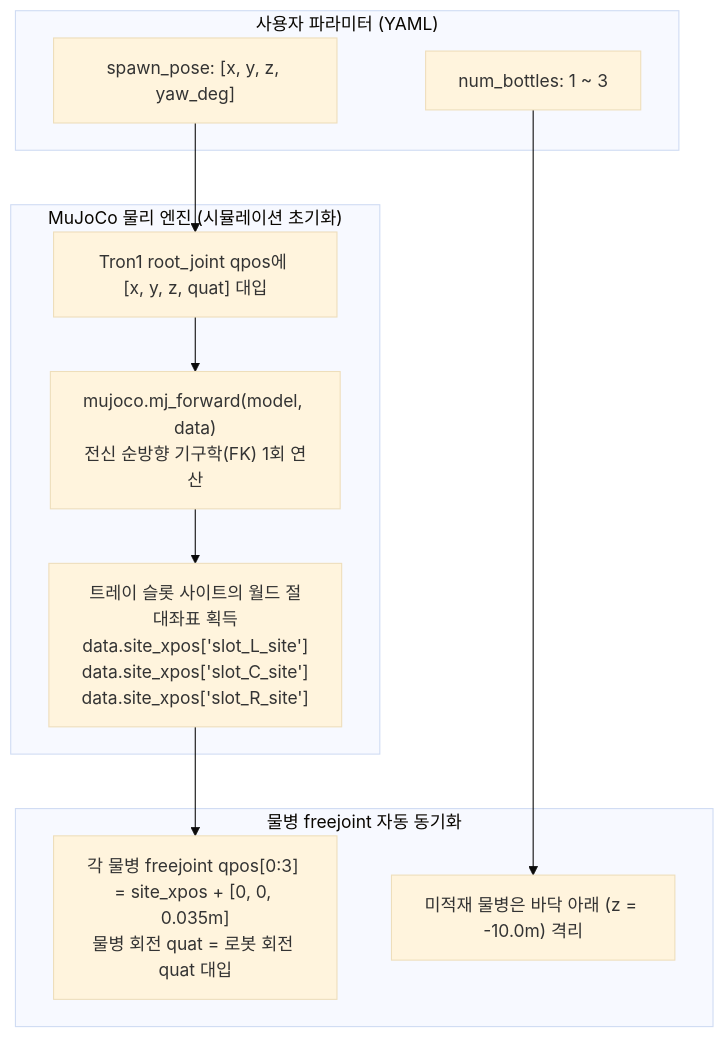
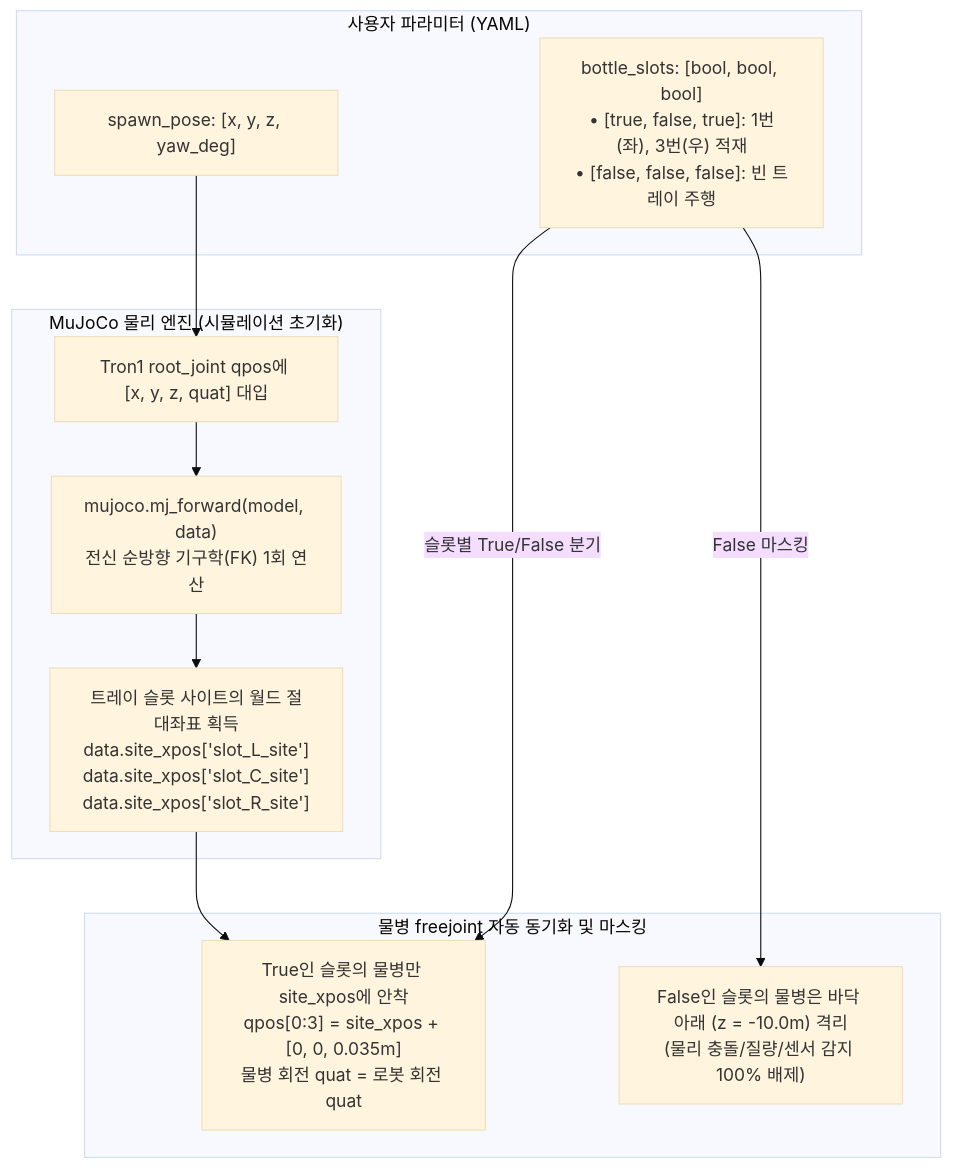
The second of 2 diagrams in documents/development_roadmap/rm_phase02_tron1_ros2_controller.md (Centaucyan/Proj_Transferring_bottle_from_tron1_to_ur5e_in_mujoco_env), drawn with Mermaid (base theme) before and after one commit. The commit also changed other lines of this file and 1 other file, not shown here.

````diff
--- a/documents/development_roadmap/rm_phase02_tron1_ros2_controller.md
+++ b/documents/development_roadmap/rm_phase02_tron1_ros2_controller.md
@@ -133,24 +133,25 @@
 ```mermaid
 flowchart TD
     subgraph UserInput ["사용자 파라미터 (YAML)"]
         SP["spawn_pose: [x, y, z, yaw_deg]"]
-        NB["num_bottles: 1 ~ 3"]
+        NB["bottle_slots: [bool, bool, bool]<br/>• [true, false, true]: 1번(좌), 3번(우) 적재<br/>• [false, false, false]: 빈 트레이 주행"]
     end
 
     subgraph RobotKinematics ["MuJoCo 물리 엔진 (시뮬레이션 초기화)"]
         SetRoot["Tron1 root_joint qpos에 [x, y, z, quat] 대입"]
         FK["mujoco.mj_forward(model, data)<br/>전신 순방향 기구학(FK) 1회 연산"]
         GetSites["트레이 슬롯 사이트의 월드 절대좌표 획득<br/>data.site_xpos['slot_L_site']<br/>data.site_xpos['slot_C_site']<br/>data.site_xpos['slot_R_site']"]
     end
 
-    subgraph BottlePlacement ["물병 freejoint 자동 동기화"]
-        PlaceB["각 물병 freejoint qpos[0:3] = site_xpos + [0, 0, 0.035m]<br/>물병 회전 quat = 로봇 회전 quat 대입"]
-        Isolate["미적재 물병은 바닥 아래 (z = -10.0m) 격리"]
+    subgraph BottlePlacement ["물병 freejoint 자동 동기화 및 마스킹"]
+        PlaceB["True인 슬롯의 물병만 site_xpos에 안착<br/>qpos[0:3] = site_xpos + [0, 0, 0.035m]<br/>물병 회전 quat = 로봇 회전 quat"]
+        Isolate["False인 슬롯의 물병은 바닥 아래 (z = -10.0m) 격리<br/>(물리 충돌/질량/센서 감지 100% 배제)"]
     end
 
     SP --> SetRoot
     SetRoot --> FK
     FK --> GetSites
     GetSites --> PlaceB
-    NB --> Isolate
+    NB -->|슬롯별 True/False 분기| PlaceB
+    NB -->|False 마스킹| Isolate
 ```
````
